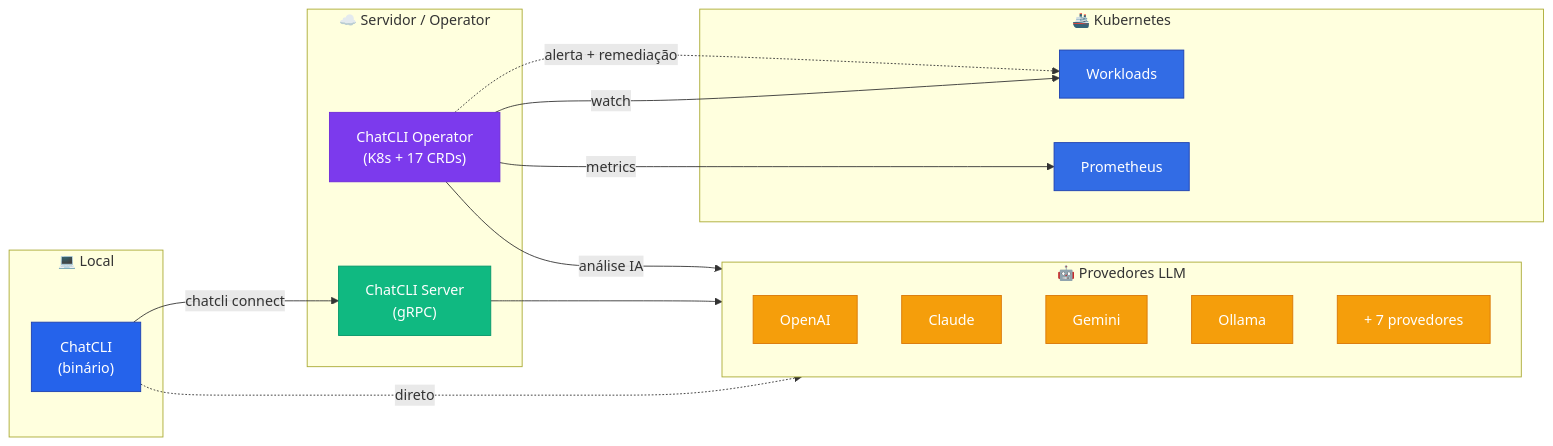
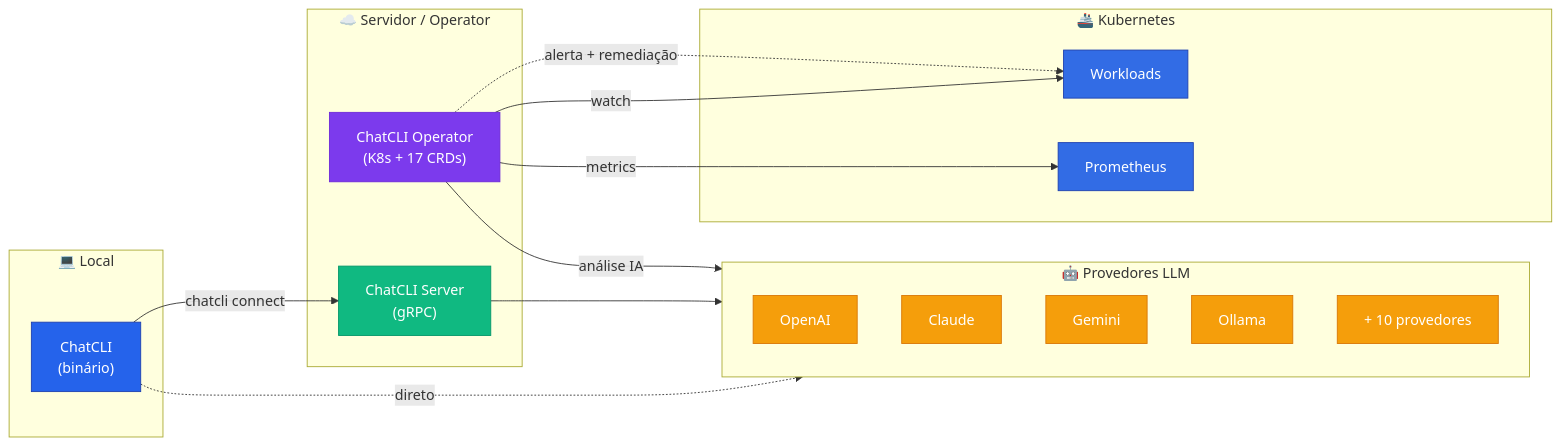
Before and after one commit to diillson/chatcli.ai: the diagram in snippets/architecture-diagram.mdx, drawn with Mermaid. The commit also changed 14 other files, not shown here.

First line of the commit message:
docs: refresh counts and document self-evolution + knowledge graph

````diff
--- a/snippets/architecture-diagram.mdx
+++ b/snippets/architecture-diagram.mdx
@@ -1,41 +1,41 @@
 ```mermaid
 flowchart LR
   subgraph Local["💻 Local"]
     CLI["ChatCLI<br/>(binário)"]
   end
   subgraph Cloud["☁️ Servidor / Operator"]
     SRV["ChatCLI Server<br/>(gRPC)"]
     OP["ChatCLI Operator<br/>(K8s + 17 CRDs)"]
   end
   subgraph Providers["🤖 Provedores LLM"]
     OAI["OpenAI"]
     ANT["Claude"]
     GEM["Gemini"]
     OLL["Ollama"]
-    OTH["+ 7 provedores"]
+    OTH["+ 10 provedores"]
   end
   subgraph K8s["🚢 Kubernetes"]
     APP["Workloads"]
     PROM["Prometheus"]
   end
 
   CLI -->|chatcli connect| SRV
   CLI -.->|direto| Providers
   SRV --> Providers
   OP -->|watch| APP
   OP -->|metrics| PROM
   OP -->|análise IA| Providers
   OP -.->|alerta + remediação| APP
 
   classDef cli fill:#2563EB,stroke:#1E40AF,color:#fff
   classDef srv fill:#10B981,stroke:#059669,color:#fff
   classDef op fill:#7C3AED,stroke:#6D28D9,color:#fff
   classDef prov fill:#F59E0B,stroke:#D97706,color:#fff
   classDef k8s fill:#326CE5,stroke:#1E40AF,color:#fff
 
   class CLI cli
   class SRV srv
   class OP op
   class OAI,ANT,GEM,OLL,OTH prov
   class APP,PROM k8s
 ```
````
